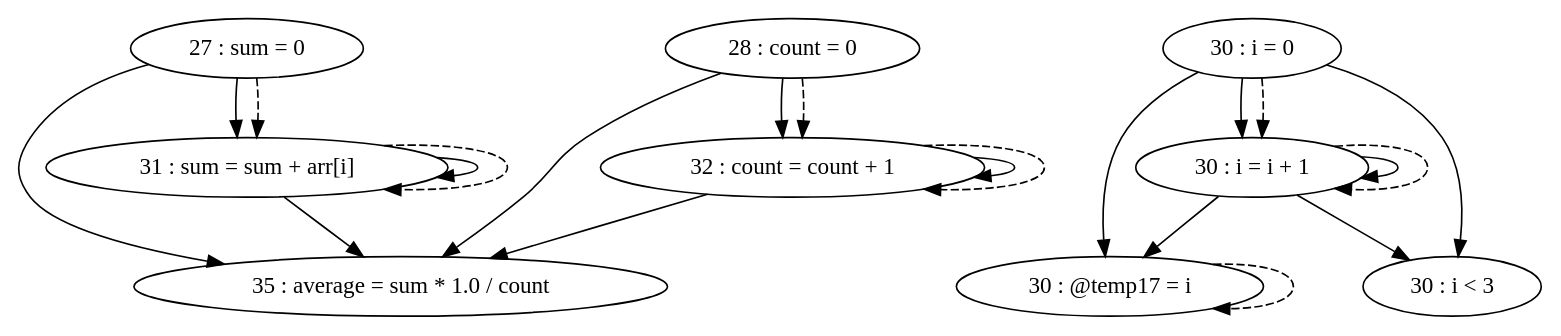
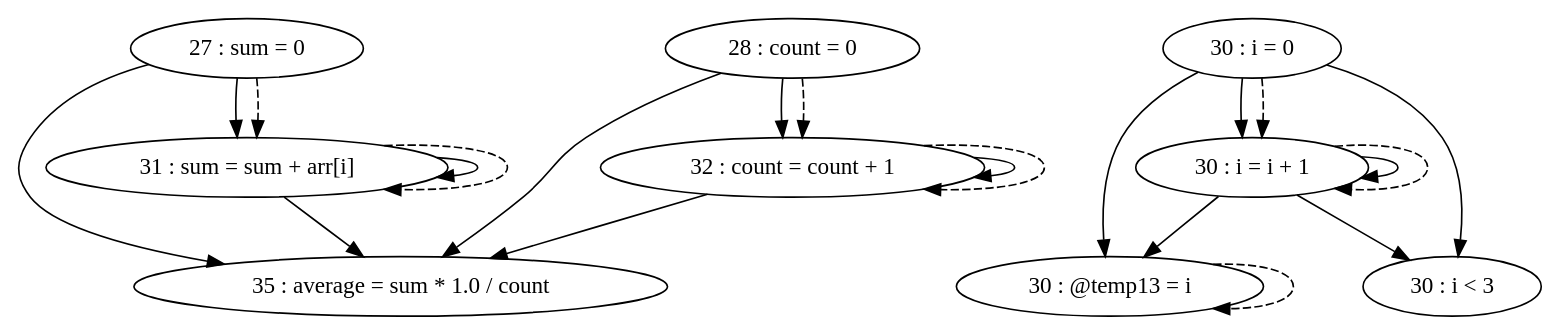
Before and after one commit to thomassimko/thesis-code-duplication: the diagram in pdg/source/testFiles/TestCases/TestCase4/TestCase4-test2.gv, drawn with Graphviz. The commit also changed 27 other files, not shown here.

```diff
--- a/pdg/source/testFiles/TestCases/TestCase4/TestCase4-test2.gv
+++ b/pdg/source/testFiles/TestCases/TestCase4/TestCase4-test2.gv
@@ -1,32 +1,32 @@
 digraph G {
 "27 : sum = 0"
 "27 : sum = 0" -> "35 : average = sum * 1.0 / count"
 "27 : sum = 0" -> "31 : sum = sum + arr[i]"
 "27 : sum = 0" -> "31 : sum = sum + arr[i]" [style=dashed]
 "28 : count = 0"
 "28 : count = 0" -> "35 : average = sum * 1.0 / count"
 "28 : count = 0" -> "32 : count = count + 1"
 "28 : count = 0" -> "32 : count = count + 1" [style=dashed]
 "30 : i = 0"
-"30 : i = 0" -> "30 : @temp17 = i"
 "30 : i = 0" -> "30 : i = i + 1"
+"30 : i = 0" -> "30 : @temp13 = i"
 "30 : i = 0" -> "30 : i < 3"
 "30 : i = 0" -> "30 : i = i + 1" [style=dashed]
 "30 : i < 3"
 "31 : sum = sum + arr[i]"
 "31 : sum = sum + arr[i]" -> "35 : average = sum * 1.0 / count"
 "31 : sum = sum + arr[i]" -> "31 : sum = sum + arr[i]"
 "31 : sum = sum + arr[i]" -> "31 : sum = sum + arr[i]" [style=dashed]
 "32 : count = count + 1"
 "32 : count = count + 1" -> "35 : average = sum * 1.0 / count"
 "32 : count = count + 1" -> "32 : count = count + 1"
 "32 : count = count + 1" -> "32 : count = count + 1" [style=dashed]
-"30 : @temp17 = i"
-"30 : @temp17 = i" -> "30 : @temp17 = i" [style=dashed]
+"30 : @temp13 = i"
+"30 : @temp13 = i" -> "30 : @temp13 = i" [style=dashed]
 "30 : i = i + 1"
-"30 : i = i + 1" -> "30 : @temp17 = i"
 "30 : i = i + 1" -> "30 : i = i + 1"
+"30 : i = i + 1" -> "30 : @temp13 = i"
 "30 : i = i + 1" -> "30 : i < 3"
 "30 : i = i + 1" -> "30 : i = i + 1" [style=dashed]
 "35 : average = sum * 1.0 / count"
 }
```
